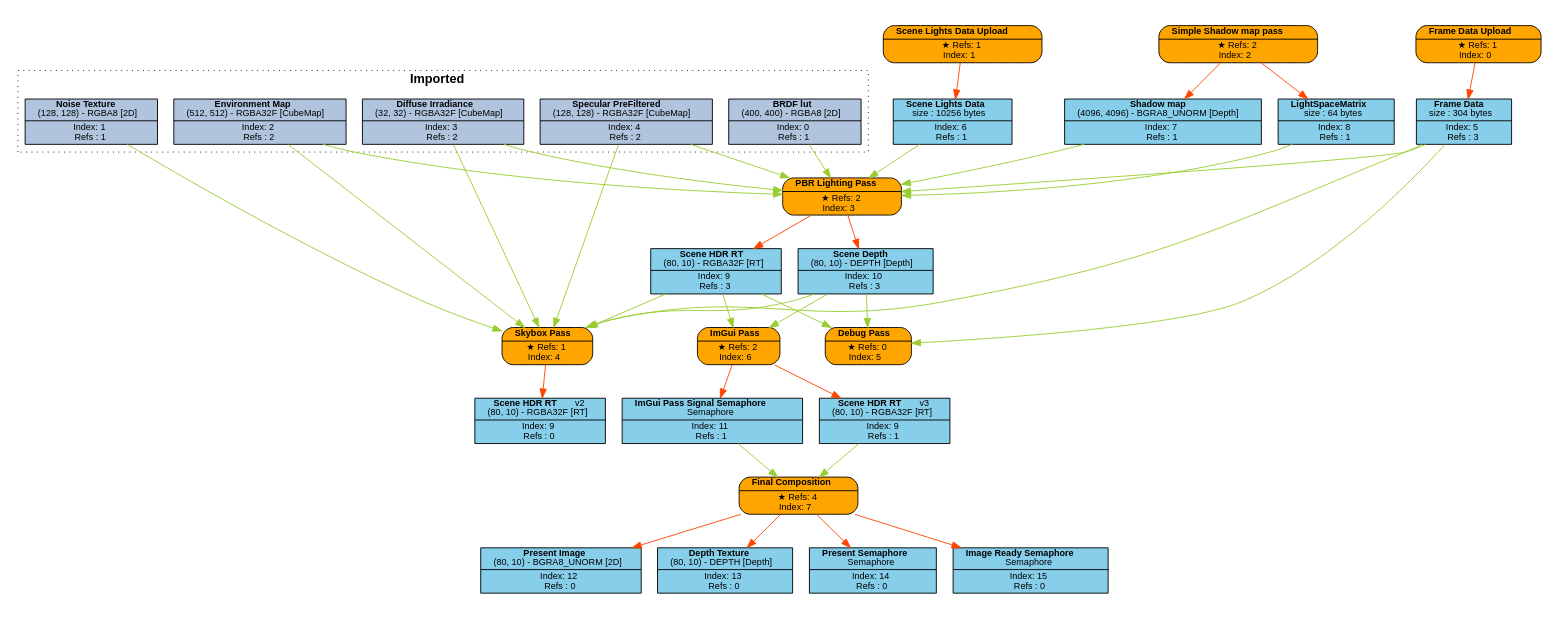
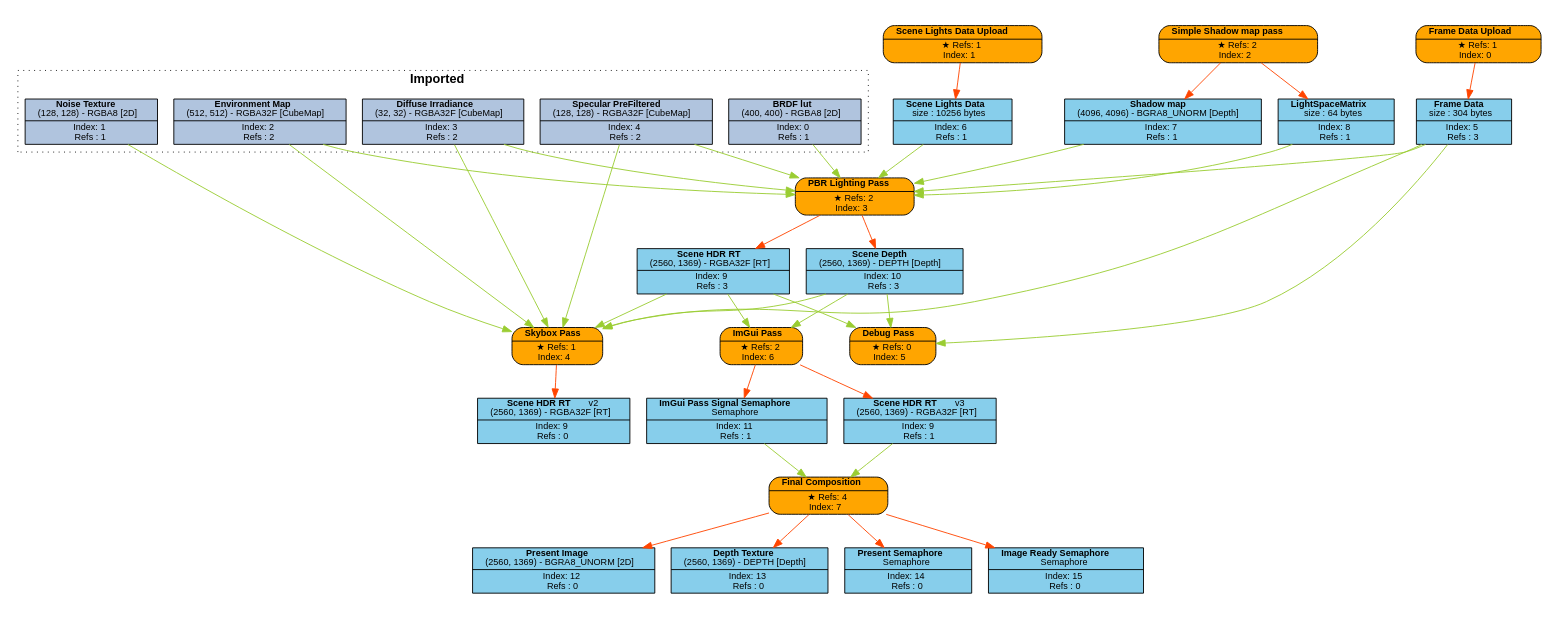
Before and after one commit to Pikachuxxxx/Razix: the diagram in Engine/content/FrameGraphs/pbr_lighting_test.dot, drawn with Graphviz. The commit also changed 13 other files, not shown here.

Commit message:
[Graphics] Resource are being properly allocated from the pool;

```diff
--- a/Engine/content/FrameGraphs/pbr_lighting_test.dot
+++ b/Engine/content/FrameGraphs/pbr_lighting_test.dot
@@ -1,91 +1,91 @@
 digraph FrameGraph {
 graph [style=invis, rankdir="TB" ordering=out, splines=spline]
 node [shape=record, fontname="helvetica", fontsize=10, margin="0.2,0.03"]
 
 P0 [label=<{ {<B>Frame Data Upload</B>} | {&#x2605; Refs: 1<BR/> Index: 0} }> style="rounded,filled", fillcolor=orange]
 P1 [label=<{ {<B>Scene Lights Data Upload</B>} | {&#x2605; Refs: 1<BR/> Index: 1} }> style="rounded,filled", fillcolor=orange]
 P2 [label=<{ {<B>Simple Shadow map pass</B>} | {&#x2605; Refs: 2<BR/> Index: 2} }> style="rounded,filled", fillcolor=orange]
 P3 [label=<{ {<B>PBR Lighting Pass</B>} | {&#x2605; Refs: 2<BR/> Index: 3} }> style="rounded,filled", fillcolor=orange]
 P4 [label=<{ {<B>Skybox Pass</B>} | {&#x2605; Refs: 1<BR/> Index: 4} }> style="rounded,filled", fillcolor=orange]
 P5 [label=<{ {<B>Debug Pass</B>} | {&#x2605; Refs: 0<BR/> Index: 5} }> style="rounded,filled", fillcolor=orange]
 P6 [label=<{ {<B>ImGui Pass</B>} | {&#x2605; Refs: 2<BR/> Index: 6} }> style="rounded,filled", fillcolor=orange]
 P7 [label=<{ {<B>Final Composition</B>} | {&#x2605; Refs: 4<BR/> Index: 7} }> style="rounded,filled", fillcolor=orange]
 
 R0_1 [label=<{ {<B>BRDF lut</B><BR/>(400, 400) - RGBA8 [2D]} | {Index: 0<BR/>Refs : 1} }> style=filled, fillcolor=lightsteelblue]
 R1_1 [label=<{ {<B>Noise Texture</B><BR/>(128, 128) - RGBA8 [2D]} | {Index: 1<BR/>Refs : 1} }> style=filled, fillcolor=lightsteelblue]
 R2_1 [label=<{ {<B>Environment Map</B><BR/>(512, 512) - RGBA32F [CubeMap]} | {Index: 2<BR/>Refs : 2} }> style=filled, fillcolor=lightsteelblue]
 R3_1 [label=<{ {<B>Diffuse Irradiance</B><BR/>(32, 32) - RGBA32F [CubeMap]} | {Index: 3<BR/>Refs : 2} }> style=filled, fillcolor=lightsteelblue]
 R4_1 [label=<{ {<B>Specular PreFiltered</B><BR/>(128, 128) - RGBA32F [CubeMap]} | {Index: 4<BR/>Refs : 2} }> style=filled, fillcolor=lightsteelblue]
 R5_1 [label=<{ {<B>Frame Data</B><BR/>size : 304 bytes} | {Index: 5<BR/>Refs : 3} }> style=filled, fillcolor=skyblue]
 R6_1 [label=<{ {<B>Scene Lights Data</B><BR/>size : 10256 bytes} | {Index: 6<BR/>Refs : 1} }> style=filled, fillcolor=skyblue]
 R7_1 [label=<{ {<B>Shadow map</B><BR/>(4096, 4096) - BGRA8_UNORM [Depth]} | {Index: 7<BR/>Refs : 1} }> style=filled, fillcolor=skyblue]
 R8_1 [label=<{ {<B>LightSpaceMatrix</B><BR/>size : 64 bytes} | {Index: 8<BR/>Refs : 1} }> style=filled, fillcolor=skyblue]
-R9_1 [label=<{ {<B>Scene HDR RT</B><BR/>(80, 10) - RGBA32F [RT]} | {Index: 9<BR/>Refs : 3} }> style=filled, fillcolor=skyblue]
-R10_1 [label=<{ {<B>Scene Depth</B><BR/>(80, 10) - DEPTH [Depth]} | {Index: 10<BR/>Refs : 3} }> style=filled, fillcolor=skyblue]
-R9_2 [label=<{ {<B>Scene HDR RT</B>   <FONT>v2</FONT><BR/>(80, 10) - RGBA32F [RT]} | {Index: 9<BR/>Refs : 0} }> style=filled, fillcolor=skyblue]
+R9_1 [label=<{ {<B>Scene HDR RT</B><BR/>(2560, 1369) - RGBA32F [RT]} | {Index: 9<BR/>Refs : 3} }> style=filled, fillcolor=skyblue]
+R10_1 [label=<{ {<B>Scene Depth</B><BR/>(2560, 1369) - DEPTH [Depth]} | {Index: 10<BR/>Refs : 3} }> style=filled, fillcolor=skyblue]
+R9_2 [label=<{ {<B>Scene HDR RT</B>   <FONT>v2</FONT><BR/>(2560, 1369) - RGBA32F [RT]} | {Index: 9<BR/>Refs : 0} }> style=filled, fillcolor=skyblue]
 R11_1 [label=<{ {<B>ImGui Pass Signal Semaphore</B><BR/>Semaphore} | {Index: 11<BR/>Refs : 1} }> style=filled, fillcolor=skyblue]
-R9_3 [label=<{ {<B>Scene HDR RT</B>   <FONT>v3</FONT><BR/>(80, 10) - RGBA32F [RT]} | {Index: 9<BR/>Refs : 1} }> style=filled, fillcolor=skyblue]
-R12_1 [label=<{ {<B>Present Image</B><BR/>(80, 10) - BGRA8_UNORM [2D]} | {Index: 12<BR/>Refs : 0} }> style=filled, fillcolor=skyblue]
-R13_1 [label=<{ {<B>Depth Texture</B><BR/>(80, 10) - DEPTH [Depth]} | {Index: 13<BR/>Refs : 0} }> style=filled, fillcolor=skyblue]
+R9_3 [label=<{ {<B>Scene HDR RT</B>   <FONT>v3</FONT><BR/>(2560, 1369) - RGBA32F [RT]} | {Index: 9<BR/>Refs : 1} }> style=filled, fillcolor=skyblue]
+R12_1 [label=<{ {<B>Present Image</B><BR/>(2560, 1369) - BGRA8_UNORM [2D]} | {Index: 12<BR/>Refs : 0} }> style=filled, fillcolor=skyblue]
+R13_1 [label=<{ {<B>Depth Texture</B><BR/>(2560, 1369) - DEPTH [Depth]} | {Index: 13<BR/>Refs : 0} }> style=filled, fillcolor=skyblue]
 R14_1 [label=<{ {<B>Present Semaphore</B><BR/>Semaphore} | {Index: 14<BR/>Refs : 0} }> style=filled, fillcolor=skyblue]
 R15_1 [label=<{ {<B>Image Ready Semaphore</B><BR/>Semaphore} | {Index: 15<BR/>Refs : 0} }> style=filled, fillcolor=skyblue]
 
 P0 -> { R5_1 } [color=orangered]
 P1 -> { R6_1 } [color=orangered]
 P2 -> { R7_1 R8_1 } [color=orangered]
 P3 -> { R9_1 R10_1 } [color=orangered]
 P4 -> { R9_2 } [color=orangered]
 P5 -> { } [color=orangered]
 P6 -> { R9_3 R11_1 } [color=orangered]
 P7 -> { R12_1 R13_1 R14_1 R15_1 } [color=orangered]
 
 R0_1 -> { P3 } [color=olivedrab3]
 R1_1 -> { P4 } [color=olivedrab3]
 R2_1 -> { P3 P4 } [color=olivedrab3]
 R3_1 -> { P3 P4 } [color=olivedrab3]
 R4_1 -> { P3 P4 } [color=olivedrab3]
 R5_1 -> { P3 P4 P5 } [color=olivedrab3]
 R6_1 -> { P3 } [color=olivedrab3]
 R7_1 -> { P3 } [color=olivedrab3]
 R8_1 -> { P3 } [color=olivedrab3]
 R9_1 -> { P4 P5 P6 } [color=olivedrab3]
 R10_1 -> { P4 P5 P6 } [color=olivedrab3]
 R9_2 -> { } [color=olivedrab3]
 R11_1 -> { P7 } [color=olivedrab3]
 R9_3 -> { P7 } [color=olivedrab3]
 R12_1 -> { } [color=olivedrab3]
 R13_1 -> { } [color=olivedrab3]
 R14_1 -> { } [color=olivedrab3]
 R15_1 -> { } [color=olivedrab3]
 
 subgraph cluster_0 {
 P0 R5_1 
 }
 subgraph cluster_1 {
 P1 R6_1 
 }
 subgraph cluster_2 {
 P2 R7_1 R8_1 
 }
 subgraph cluster_3 {
 P3 R9_1 R10_1 
 }
 subgraph cluster_4 {
 P4 
 }
 subgraph cluster_5 {
 P5 
 }
 subgraph cluster_6 {
 P6 R11_1 
 }
 subgraph cluster_7 {
 P7 R12_1 R13_1 R14_1 R15_1 
 }
 
 subgraph cluster_imported_resources {
 graph [style=dotted, fontname="helvetica", label=< <B>Imported</B> >]
 R0_1 R1_1 R2_1 R3_1 R4_1 
 }
 
 }
```
